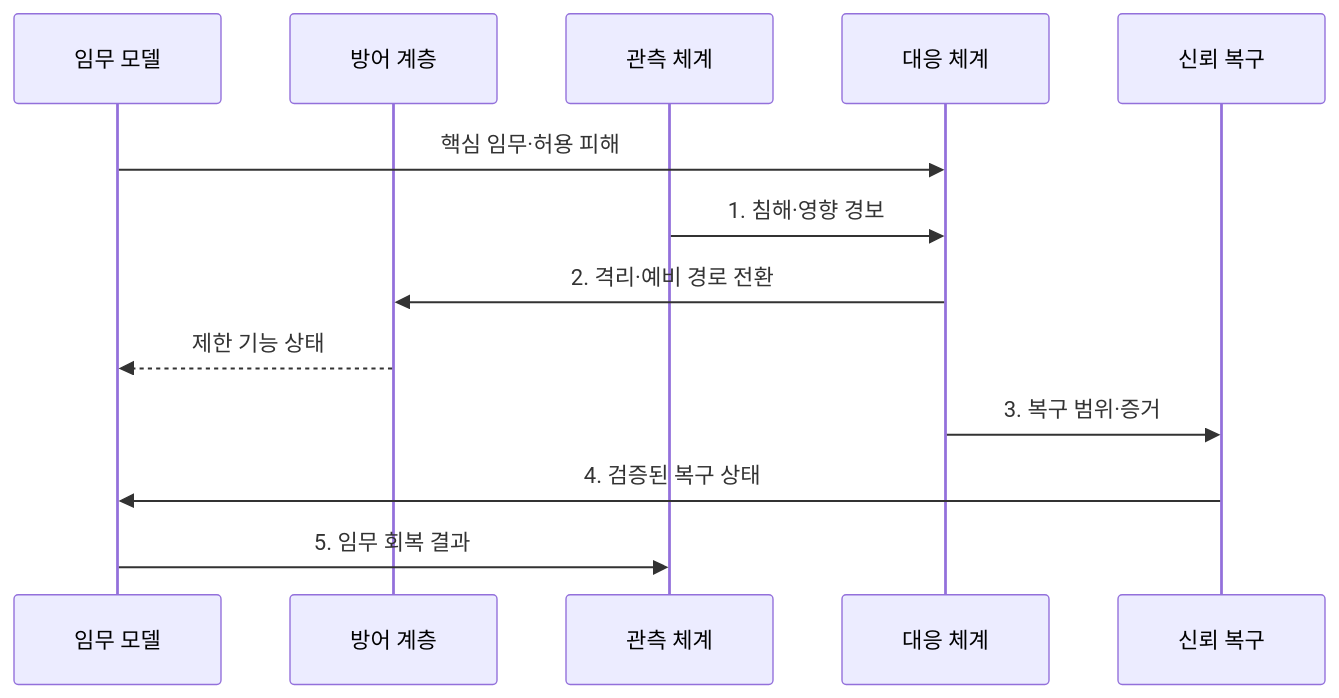
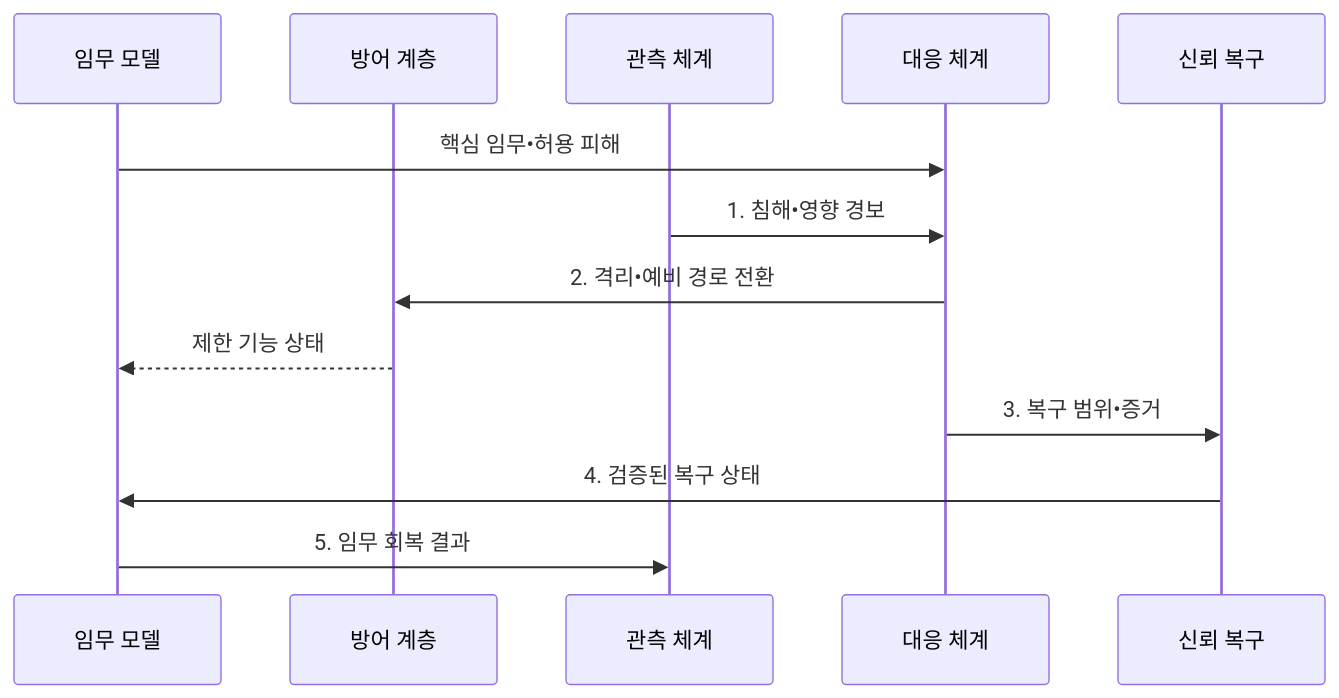
The second of 2 diagrams in src/content/docs/notes/03-software/196_cyber_resilience.md (agnusdei1207/knowledge-base), drawn with Mermaid before and after one commit. The commit also changed other lines of this file and 953 other files, not shown here.

````diff
--- a/src/content/docs/notes/03-software/196_cyber_resilience.md
+++ b/src/content/docs/notes/03-software/196_cyber_resilience.md
@@ -111,15 +111,15 @@
 ```mermaid
 sequenceDiagram
     participant M as 임무 모델
     participant B as 방어 계층
     participant O as 관측 체계
     participant D as 대응 체계
     participant R as 신뢰 복구
-    M->>D: 핵심 임무·허용 피해
-    O->>D: 1. 침해·영향 경보
-    D->>B: 2. 격리·예비 경로 전환
+    M->>D: 핵심 임무•허용 피해
+    O->>D: 1. 침해•영향 경보
+    D->>B: 2. 격리•예비 경로 전환
     B-->>M: 제한 기능 상태
-    D->>R: 3. 복구 범위·증거
+    D->>R: 3. 복구 범위•증거
     R->>M: 4. 검증된 복구 상태
     M->>O: 5. 임무 회복 결과
 ```
````
